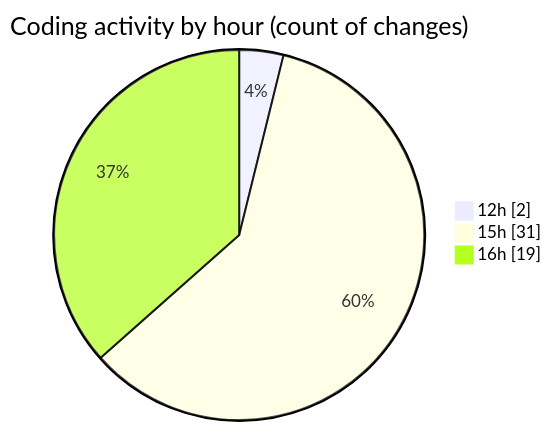
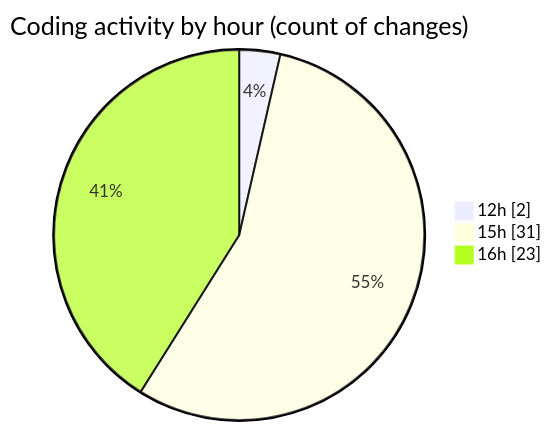
Before and after one commit to momahboobian/code-tracking: the second of 2 diagrams in 2025-02-26/cda/README.md, drawn with Mermaid. The commit also changed other lines of this file and 1 other file, not shown here.

````diff
--- a/2025-02-26/cda/README.md
+++ b/2025-02-26/cda/README.md
@@ -40,7 +40,7 @@
 ```mermaid
 pie showData
 title Coding activity by hour (count of changes)
 "12h" : 2
 "15h" : 31
-"16h" : 19
+"16h" : 23
 ```
````
